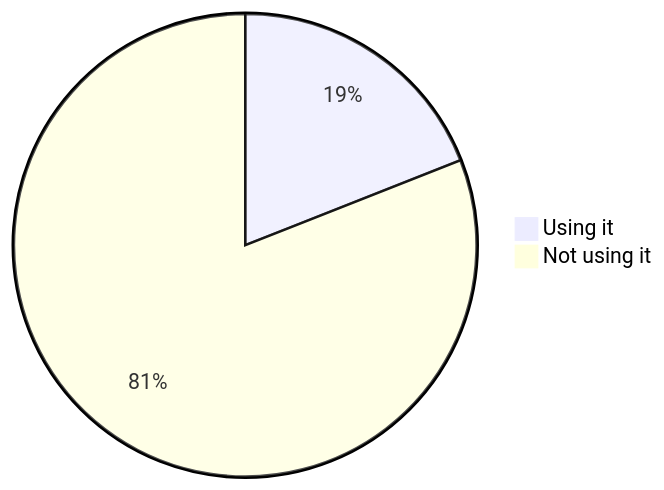
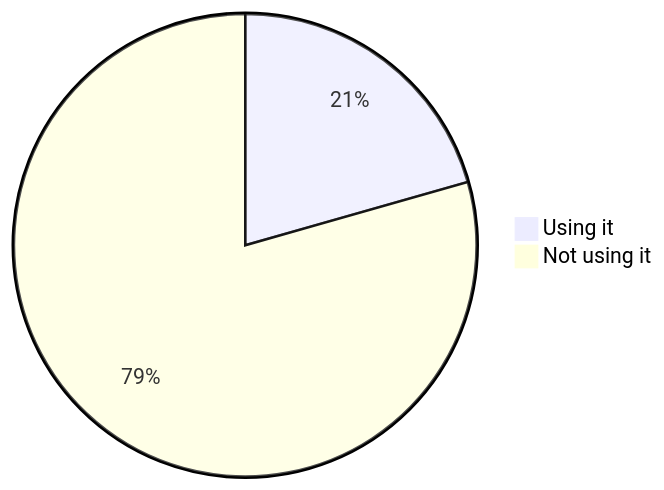
Before and after one commit to oshp/oshp-stats: diagram 15 of 22 in stats.md, drawn with Mermaid. The commit also changed other lines of this file, not shown here.

````diff
--- a/stats.md
+++ b/stats.md
@@ -178,6 +178,6 @@
 ```mermaid
 pie
-	"Using it" : 19.01
-	"Not using it" : 80.99
+	"Using it" : 20.59
+	"Not using it" : 79.41
 
 ```
````
